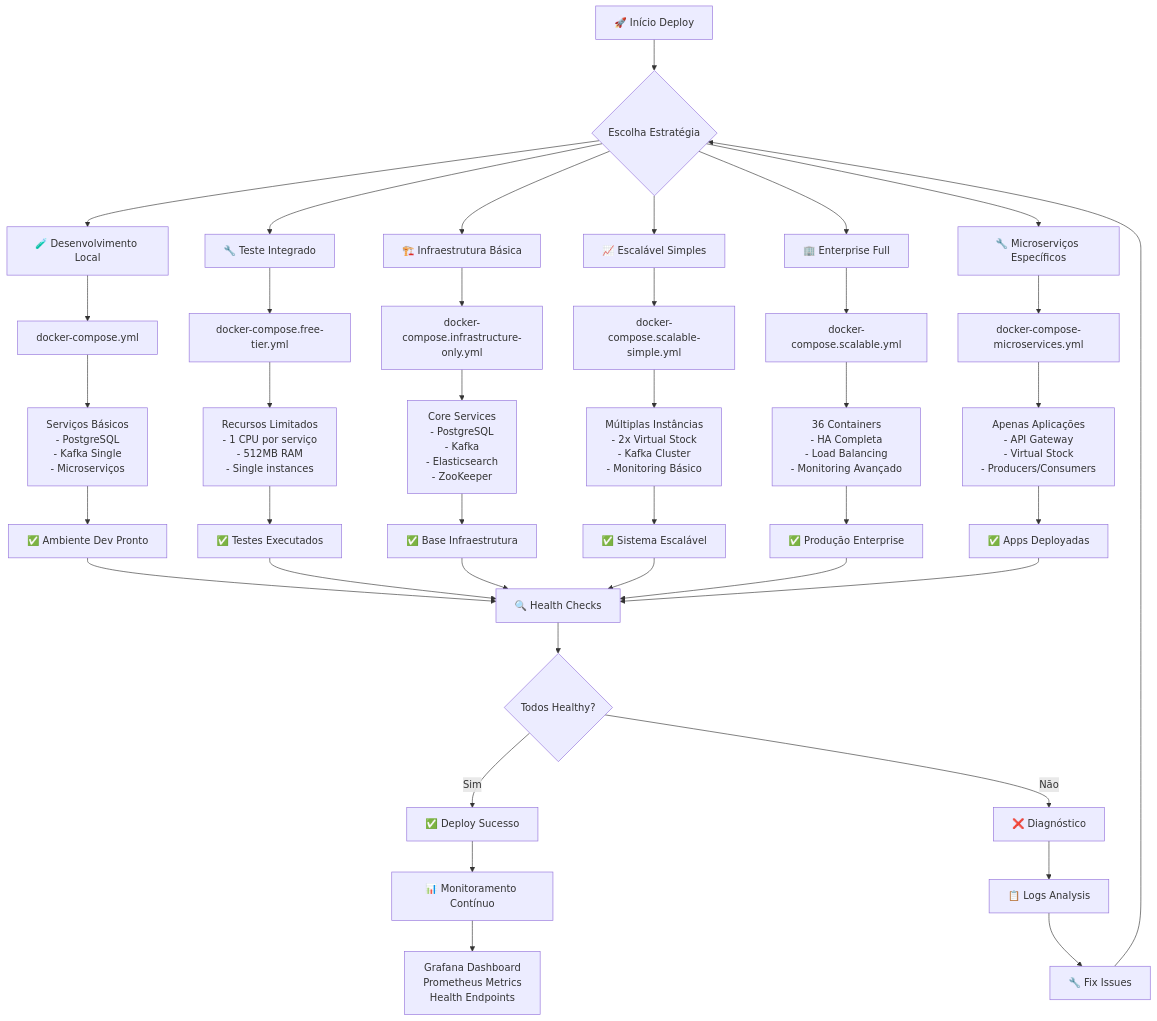
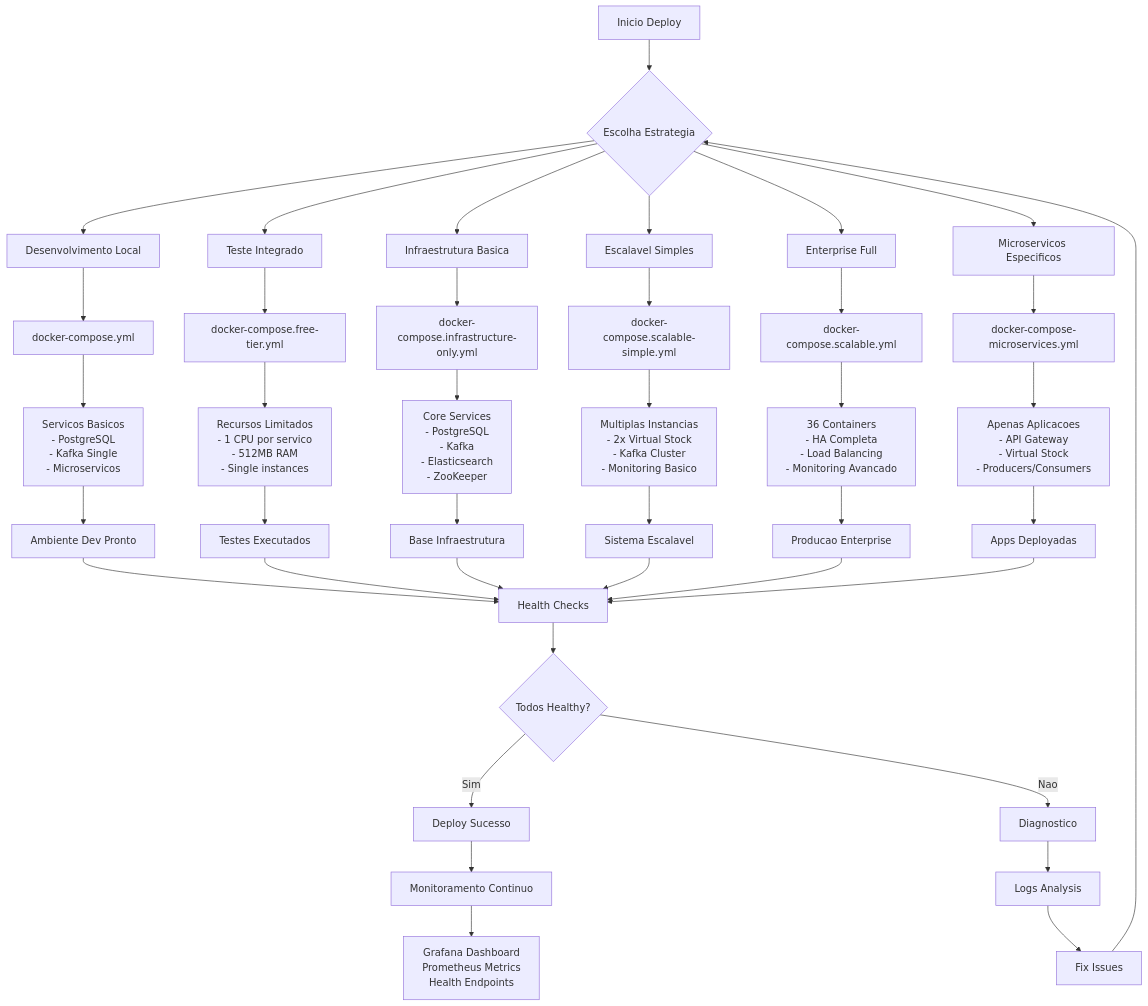
Before and after one commit to italo-costa/estudosKBNT_Kafka_Logs_V2_cleanCode: the first of 7 diagrams in DEPLOYMENT_STRATEGIES.md, drawn with Mermaid. The commit also changed other lines of this file and 1 other file, not shown here.

First line of the commit message:
docs: Remove emojis from Mermaid diagrams for better GitHub rendering

````diff
--- a/DEPLOYMENT_STRATEGIES.md
+++ b/DEPLOYMENT_STRATEGIES.md
@@ -11,58 +11,58 @@
 ```mermaid
 flowchart TD
-    A[🚀 Início Deploy] --> B{Escolha Estratégia}
+    A[Inicio Deploy] --> B{Escolha Estrategia}
     
     %% Desenvolvimento Local
-    B --> C[🧪 Desenvolvimento Local]
+    B --> C[Desenvolvimento Local]
     C --> C1[docker-compose.yml]
-    C1 --> C2[Serviços Básicos<br/>- PostgreSQL<br/>- Kafka Single<br/>- Microserviços]
-    C2 --> C3[✅ Ambiente Dev Pronto]
+    C1 --> C2[Servicos Basicos<br/>- PostgreSQL<br/>- Kafka Single<br/>- Microservicos]
+    C2 --> C3[Ambiente Dev Pronto]
     
     %% Teste Integrado
-    B --> D[🔧 Teste Integrado]
+    B --> D[Teste Integrado]
     D --> D1[docker-compose.free-tier.yml]
-    D1 --> D2[Recursos Limitados<br/>- 1 CPU por serviço<br/>- 512MB RAM<br/>- Single instances]
-    D2 --> D3[✅ Testes Executados]
+    D1 --> D2[Recursos Limitados<br/>- 1 CPU por servico<br/>- 512MB RAM<br/>- Single instances]
+    D2 --> D3[Testes Executados]
     
     %% Infraestrutura Básica
-    B --> E[🏗️ Infraestrutura Básica]
+    B --> E[Infraestrutura Basica]
     E --> E1[docker-compose.infrastructure-only.yml]
     E1 --> E2[Core Services<br/>- PostgreSQL<br/>- Kafka<br/>- Elasticsearch<br/>- ZooKeeper]
-    E2 --> E3[✅ Base Infraestrutura]
+    E2 --> E3[Base Infraestrutura]
     
     %% Escalabilidade Simples
-    B --> F[📈 Escalável Simples]
+    B --> F[Escalavel Simples]
     F --> F1[docker-compose.scalable-simple.yml]
-    F1 --> F2[Múltiplas Instâncias<br/>- 2x Virtual Stock<br/>- Kafka Cluster<br/>- Monitoring Básico]
-    F2 --> F3[✅ Sistema Escalável]
+    F1 --> F2[Multiplas Instancias<br/>- 2x Virtual Stock<br/>- Kafka Cluster<br/>- Monitoring Basico]
+    F2 --> F3[Sistema Escalavel]
     
     %% Enterprise Full
-    B --> G[🏢 Enterprise Full]
+    B --> G[Enterprise Full]
     G --> G1[docker-compose.scalable.yml]
-    G1 --> G2[36 Containers<br/>- HA Completa<br/>- Load Balancing<br/>- Monitoring Avançado]
-    G2 --> G3[✅ Produção Enterprise]
+    G1 --> G2[36 Containers<br/>- HA Completa<br/>- Load Balancing<br/>- Monitoring Avancado]
+    G2 --> G3[Producao Enterprise]
     
     %% Microserviços Específicos
-    B --> H[🔧 Microserviços Específicos]
+    B --> H[Microservicos Especificos]
     H --> H1[docker-compose-microservices.yml]
-    H1 --> H2[Apenas Aplicações<br/>- API Gateway<br/>- Virtual Stock<br/>- Producers/Consumers]
-    H2 --> H3[✅ Apps Deployadas]
+    H1 --> H2[Apenas Aplicacoes<br/>- API Gateway<br/>- Virtual Stock<br/>- Producers/Consumers]
+    H2 --> H3[Apps Deployadas]
     
     %% Verificações Pós-Deploy
-    C3 --> I[🔍 Health Checks]
+    C3 --> I[Health Checks]
     D3 --> I
     E3 --> I
     F3 --> I
     G3 --> I
     H3 --> I
     
     I --> J{Todos Healthy?}
-    J -->|Sim| K[✅ Deploy Sucesso]
-    J -->|Não| L[❌ Diagnóstico]
-    L --> M[📋 Logs Analysis]
-    M --> N[🔧 Fix Issues]
+    J -->|Sim| K[Deploy Sucesso]
+    J -->|Nao| L[Diagnostico]
+    L --> M[Logs Analysis]
+    M --> N[Fix Issues]
     N --> B
     
-    K --> O[📊 Monitoramento Contínuo]
+    K --> O[Monitoramento Continuo]
     O --> P[Grafana Dashboard<br/>Prometheus Metrics<br/>Health Endpoints]
 ```
````
